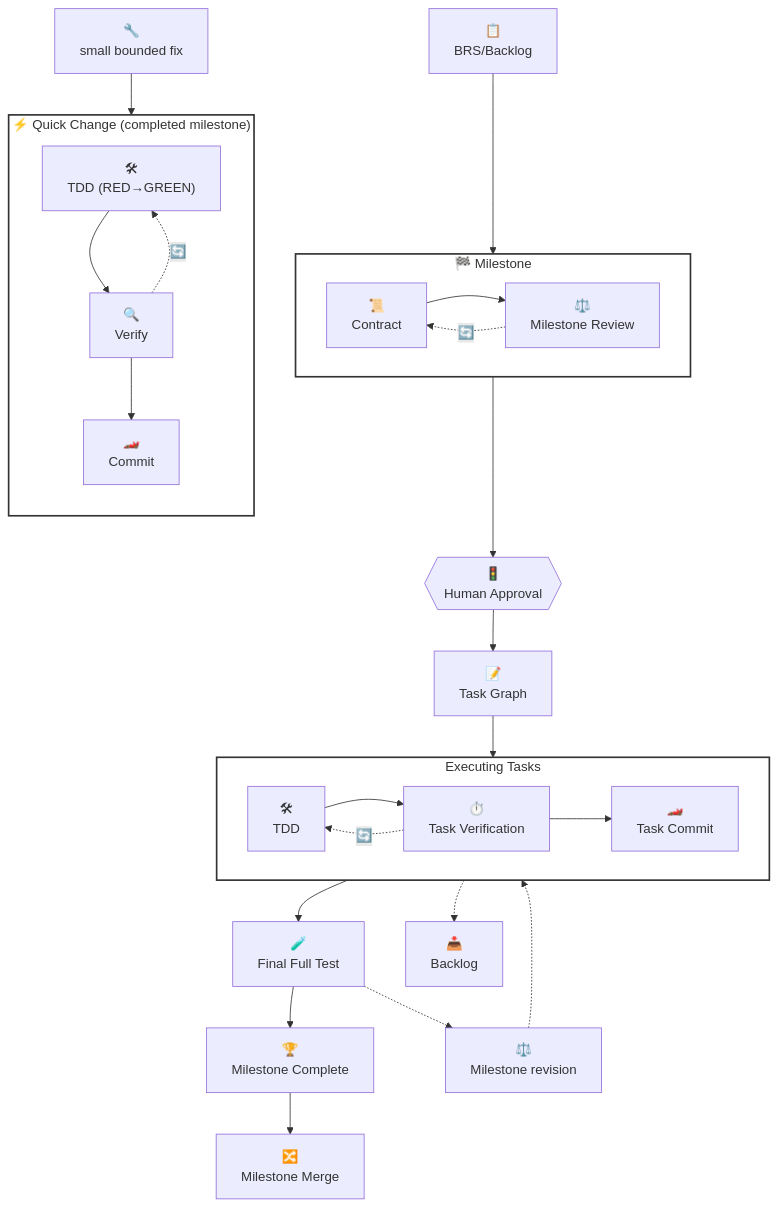
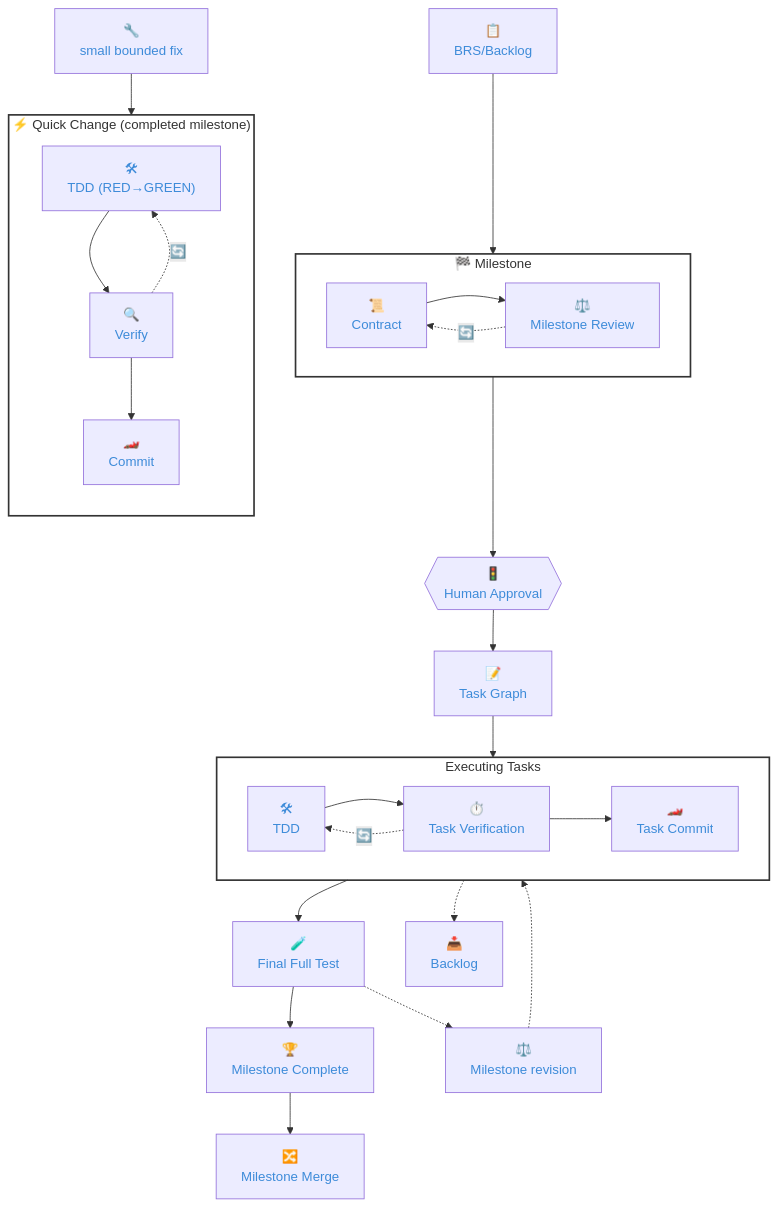
The diagram in docs/assets/workflow.mmd (thixpin/pitway), drawn with Mermaid before and after one commit. The commit also changed 3 other files, not shown here.

```diff
--- a/docs/assets/workflow.mmd
+++ b/docs/assets/workflow.mmd
@@ -1,47 +1,50 @@
 flowchart TD
 
     A["📋<br/>BRS/Backlog"]
 
     subgraph PLAN["🏁 Milestone"]
         direction LR
         C["📜<br/>Contract"]
         C --> R["⚖️<br/>Milestone Review"]
         R -. 🔄 .-> C
     end
 
     B["🔧<br/>small bounded fix"]
     subgraph QUICK["⚡ Quick Change (completed milestone)"]
         direction TD
         TTD["🛠<br/>TDD (RED→GREEN)"]
         TTD --> QC2["🔍<br/>Verify"]
         QC2 --> QC3["🏎️<br/>Commit"]
         QC2 -. 🔄 .-> TTD
     end
     B --> QUICK
 
     A --> PLAN
     PLAN --> D{{"🚦<br/>Human Approval"}}
     D --> E["📝<br/>Task Graph"]
 
     subgraph EXECUTE["Executing Tasks"]
         direction LR
         F["🛠<br/>TDD"]
         F --> G["⏱️<br/>Task Verification"]
         G --> H["🏎️<br/>Task Commit"]
     end
 
     E --> EXECUTE
     EXECUTE --> I["🧪<br/>Final Full Test"]
     I --> J["🏆<br/>Milestone Complete"]
     J --> K["🔀<br/>Milestone Merge"]
 
     I -.-> MR["⚖️<br/>Milestone revision"]
     MR -.-> EXECUTE
     
     G -. 🔄 .-> F
 
     EXECUTE .-> BL["📥<br/>Backlog"]
 
     style PLAN fill:none,stroke:#333,stroke-width:2px
     style QUICK fill:none,stroke:#333,stroke-width:2px
     style EXECUTE fill:none,stroke:#333,stroke-width:2px
+
+    classDef dualReadable color:#3D8BD9
+    class A,C,R,B,TTD,QC2,QC3,D,E,F,G,H,I,J,K,MR,BL dualReadable
```
